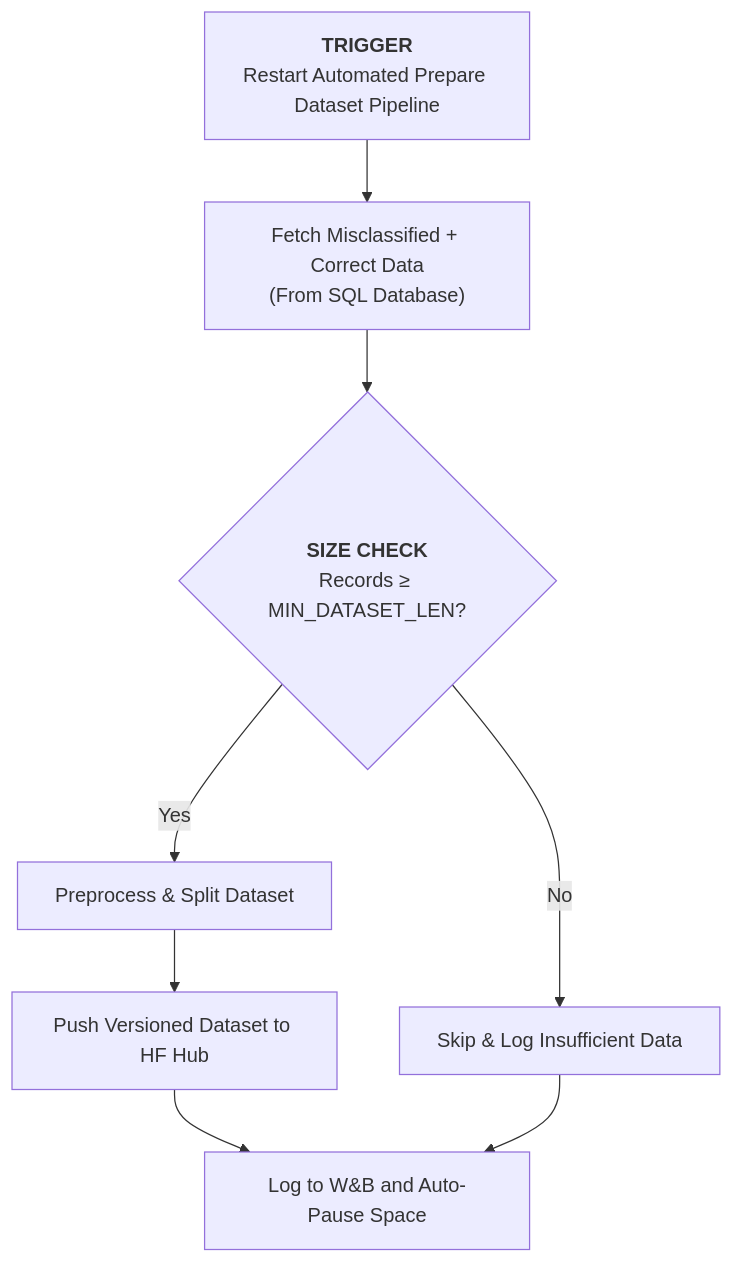
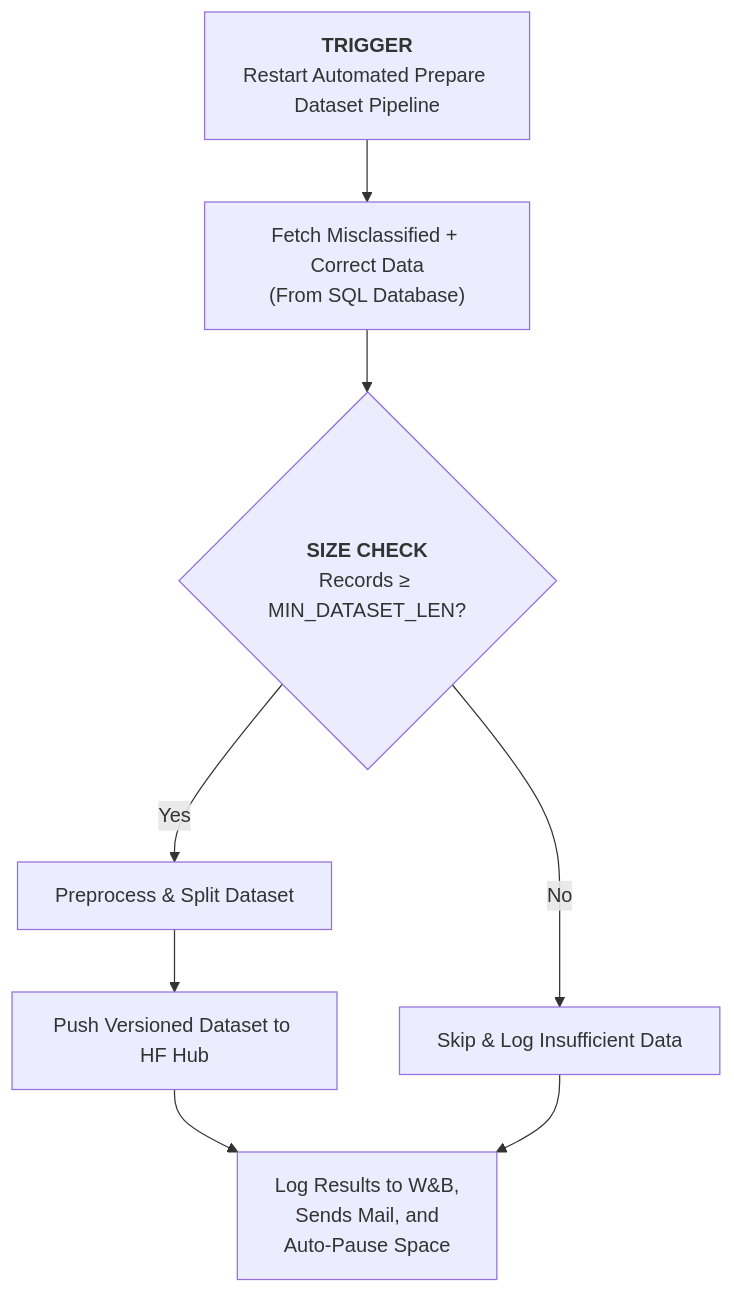
Before and after one commit to fuseai-fellowship/Sambodhan-AI-Powered-Grievance-Redressal-System-for-Local-Governance: the second of 3 diagrams in README.md, drawn with Mermaid. The commit also changed other lines of this file, not shown here.

Commit message:
docs: add workflow diagram and enhance dataset preparation details in README

````diff
--- a/README.md
+++ b/README.md
@@ -220,11 +235,11 @@
 ```mermaid
 flowchart TD
     A["<b>TRIGGER</b><br>Restart Automated Prepare Dataset Pipeline"] --> B["Fetch Misclassified + Correct Data<br>(From SQL Database)"]
     B --> C{"<b>SIZE CHECK</b><br>Records ≥ MIN_DATASET_LEN?"}
     C -->|Yes| D["Preprocess & Split Dataset"]
     C -->|No| F["Skip & Log Insufficient Data"]
     D --> G["Push Versioned Dataset to HF Hub"]
-    G --> H["Log to W&B and Auto-Pause Space"]
+    G --> H["Log Results to W&B, </br> Sends Mail, and<br> Auto-Pause Space"]
     F --> H
 
 ```
````
